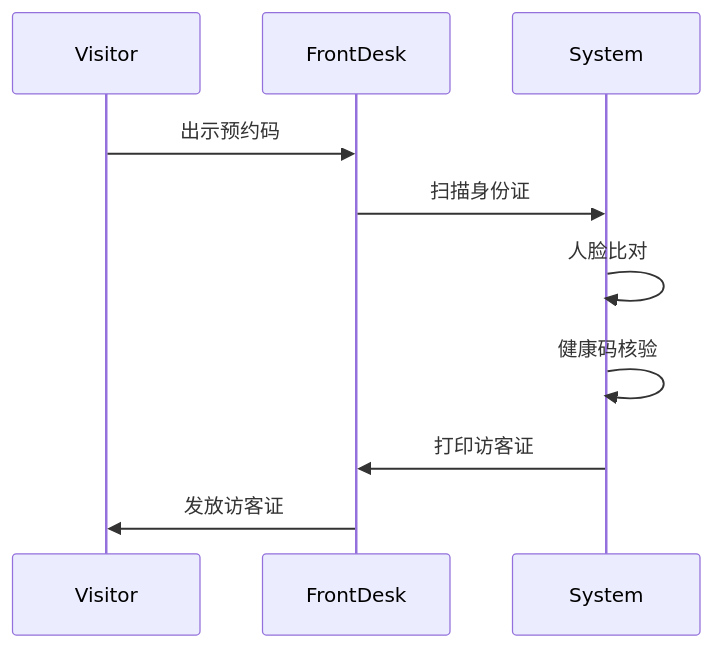
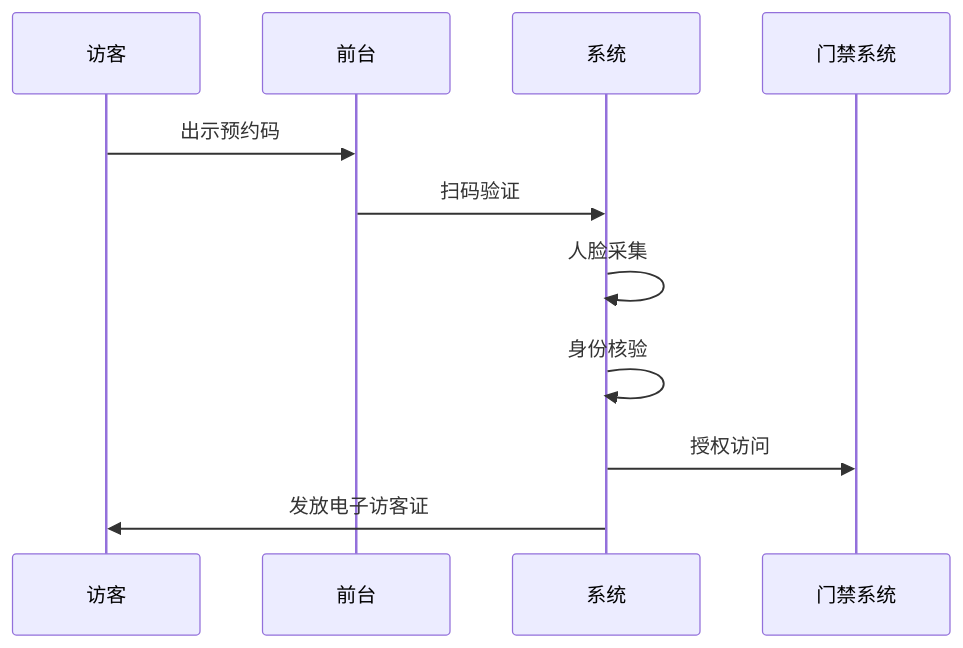
Before and after one commit to yuhaibao39/n8ndeploy: the third of 3 diagrams in devel/outlinedesign.md, drawn with Mermaid. The commit also changed other lines of this file, not shown here.

````diff
--- a/devel/outlinedesign.md
+++ b/devel/outlinedesign.md
@@ -91,13 +65,9 @@
 ```mermaid
 sequenceDiagram
-    participant V as Visitor
-    participant F as FrontDesk
-    participant S as System
-    
-    V->>F: 出示预约码
-    F->>S: 扫描身份证
-    S->>S: 人脸比对
-    S->>S: 健康码核验
-    S->>F: 打印访客证
-    F->>V: 发放访客证
+    访客->>前台: 出示预约码
+    前台->>系统: 扫码验证
+    系统->>系统: 人脸采集
+    系统->>系统: 身份核验
+    系统->>门禁系统: 授权访问
+    系统->>访客: 发放电子访客证
 ```
````
